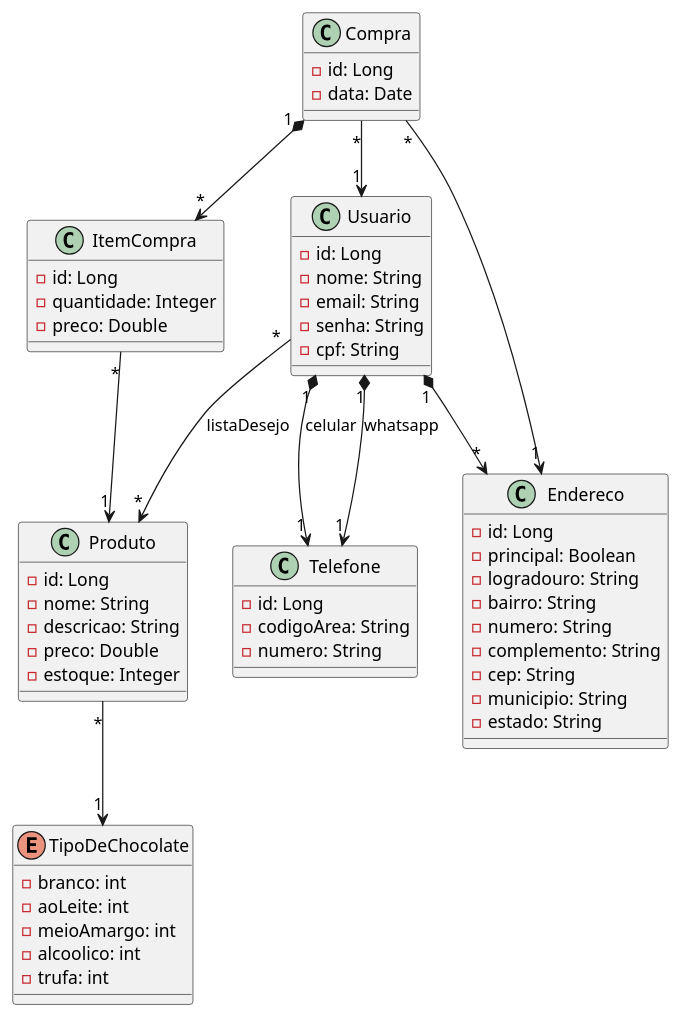
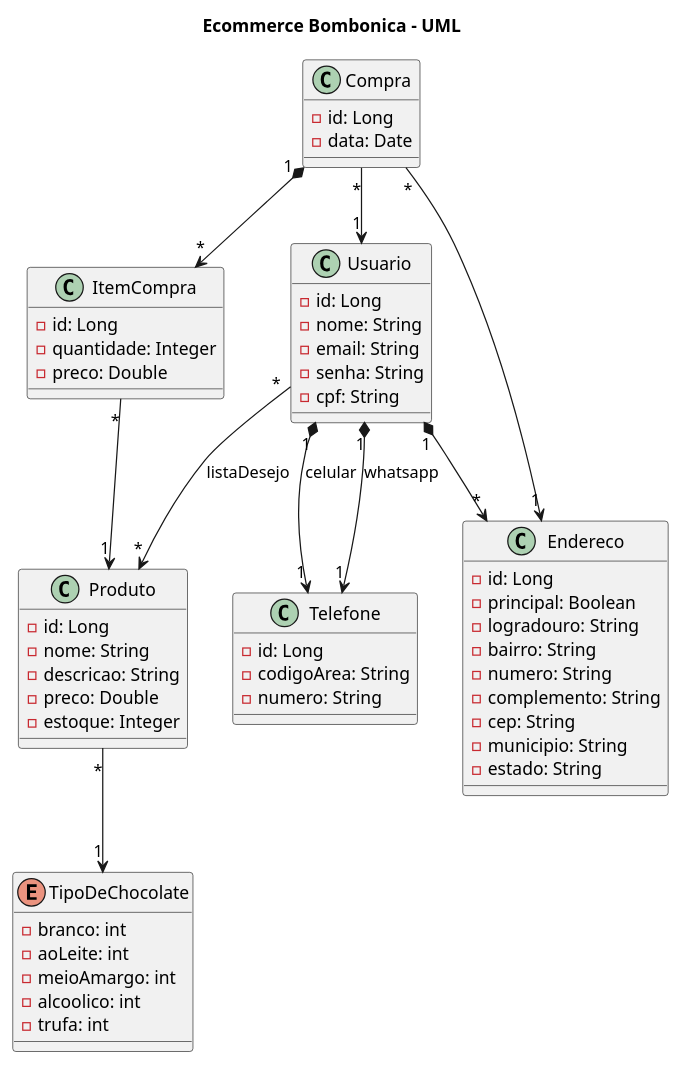
Before and after one commit to muniznicole/EcommerceBombonica: the diagram in Bombonica.plantuml, drawn with PlantUML.

```diff
--- a/Bombonica.plantuml
+++ b/Bombonica.plantuml
@@ -1,69 +1,71 @@
 @startuml   
     
+    title Ecommerce Bombonica - UML
+
     class Produto {
         - id: Long
         - nome: String
         - descricao: String
         - preco: Double
         - estoque: Integer
     }
 
     enum TipoDeChocolate {
         - branco: int
         - aoLeite: int
         - meioAmargo: int
         - alcoolico: int
         - trufa: int
     }
 
     class Usuario {
         - id: Long
         - nome: String
         - email: String
         - senha: String
         - cpf: String
     }
 
     class Telefone {
         - id: Long
         - codigoArea: String
         - numero: String
     }
 
     class Compra{
         - id: Long
         - data: Date
     }
 
     class ItemCompra{
         - id: Long
         - quantidade: Integer
         - preco: Double
     }
 
     class Endereco {
         - id: Long
         - principal: Boolean
         - logradouro: String
         - bairro: String
         - numero: String
         - complemento: String
         - cep: String
         - municipio: String
         - estado: String 
     }
 
     Produto "*" --> "1" TipoDeChocolate
     
     Usuario "*" --> "*" Produto: listaDesejo
     Usuario "1" *--> "1" Telefone: celular
     Usuario "1" *--> "1" Telefone: whatsapp
     Usuario "1" *--> "*" Endereco
 
     Compra "1" *--> "*" ItemCompra
     Compra "*" --> "1" Usuario
     Compra "*" --> "1" Endereco
      
     ItemCompra "*" --> "1" Produto
 
 @enduml
```
